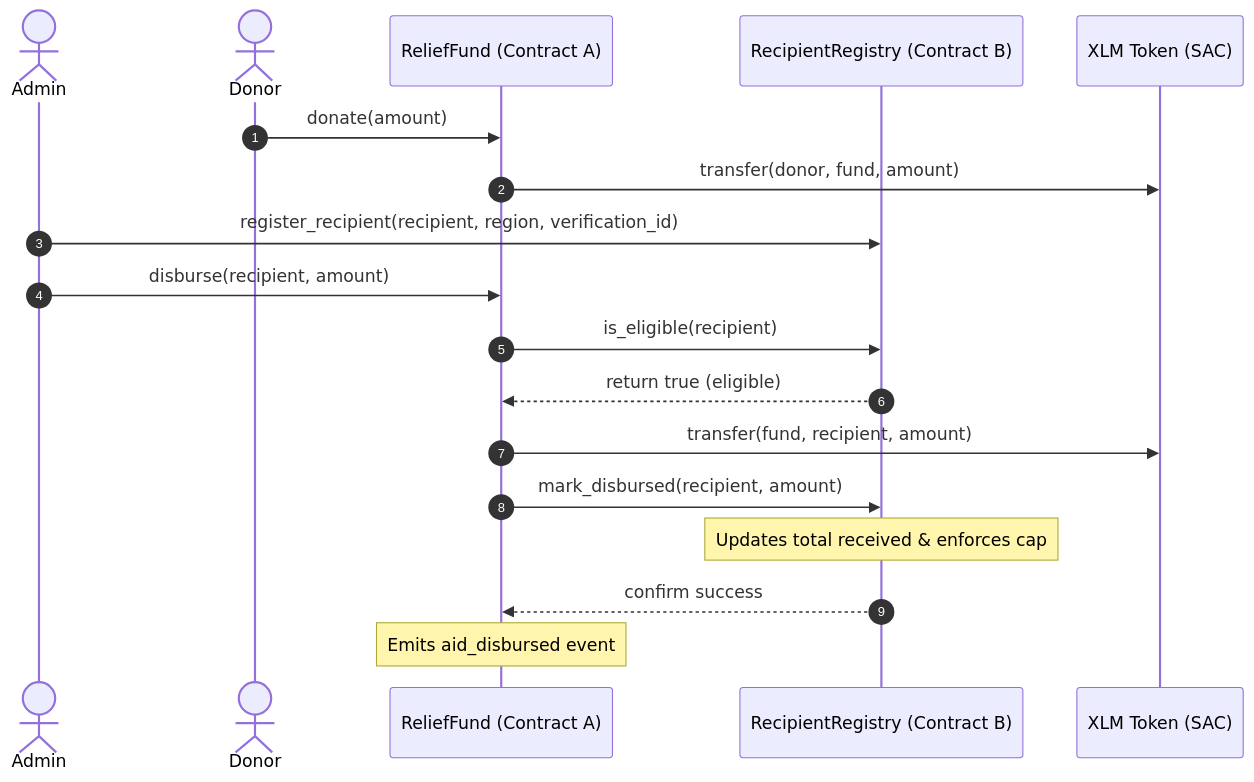
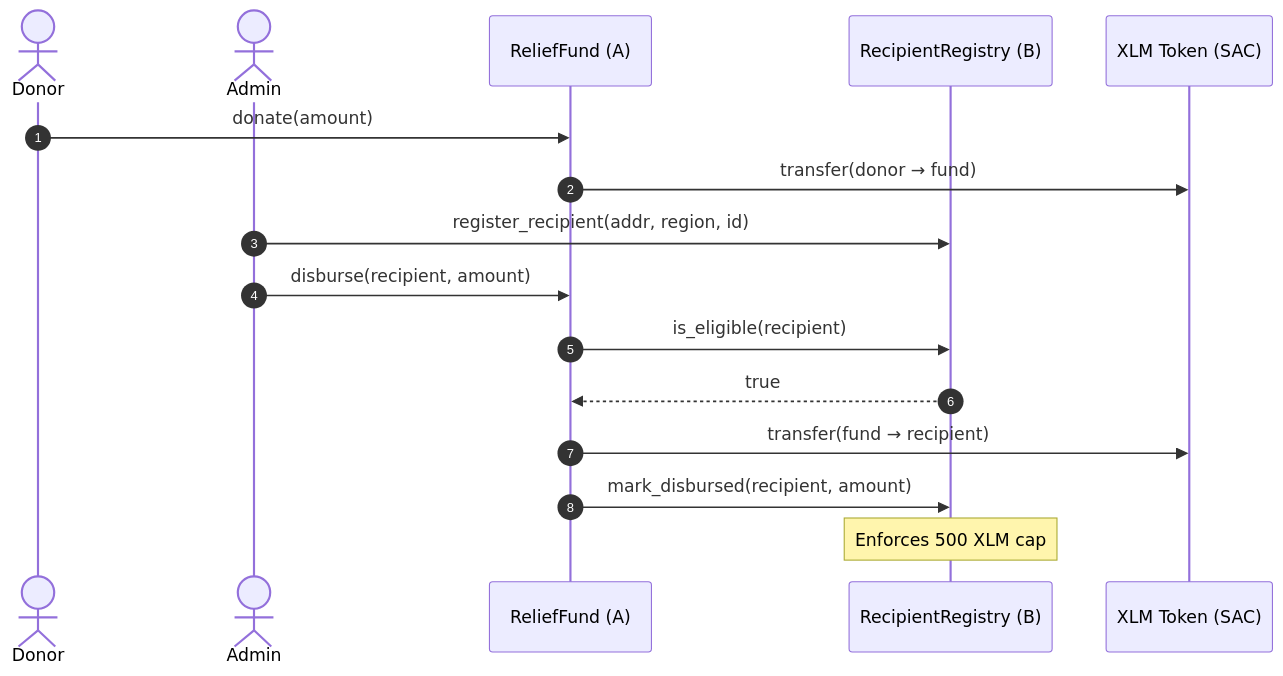
Before and after one commit to Hariharaaa/DisasterReliefRail: the diagram in README.md, drawn with Mermaid. The commit also changed other lines of this file, not shown here.

````diff
--- a/README.md
+++ b/README.md
@@ -43,21 +41,19 @@
 ```mermaid
 sequenceDiagram
   autonumber
+  actor Donor
   actor Admin
-  actor Donor
-  participant ReliefFund (Contract A)
-  participant RecipientRegistry (Contract B)
+  participant ReliefFund (A)
+  participant RecipientRegistry (B)
   participant XLM Token (SAC)
 
-  Donor->>ReliefFund (Contract A): donate(amount)
-  ReliefFund (Contract A)->>XLM Token (SAC): transfer(donor, fund, amount)
-  Admin->>RecipientRegistry (Contract B): register_recipient(recipient, region, verification_id)
-  Admin->>ReliefFund (Contract A): disburse(recipient, amount)
-  ReliefFund (Contract A)->>RecipientRegistry (Contract B): is_eligible(recipient)
-  RecipientRegistry (Contract B)-->>ReliefFund (Contract A): return true (eligible)
-  ReliefFund (Contract A)->>XLM Token (SAC): transfer(fund, recipient, amount)
-  ReliefFund (Contract A)->>RecipientRegistry (Contract B): mark_disbursed(recipient, amount)
-  Note over RecipientRegistry (Contract B): Updates total received & enforces cap
-  RecipientRegistry (Contract B)-->>ReliefFund (Contract A): confirm success
-  Note over ReliefFund (Contract A): Emits aid_disbursed event
+  Donor->>ReliefFund (A): donate(amount)
+  ReliefFund (A)->>XLM Token (SAC): transfer(donor → fund)
+  Admin->>RecipientRegistry (B): register_recipient(addr, region, id)
+  Admin->>ReliefFund (A): disburse(recipient, amount)
+  ReliefFund (A)->>RecipientRegistry (B): is_eligible(recipient)
+  RecipientRegistry (B)-->>ReliefFund (A): true
+  ReliefFund (A)->>XLM Token (SAC): transfer(fund → recipient)
+  ReliefFund (A)->>RecipientRegistry (B): mark_disbursed(recipient, amount)
+  Note over RecipientRegistry (B): Enforces 500 XLM cap
 ```
````
